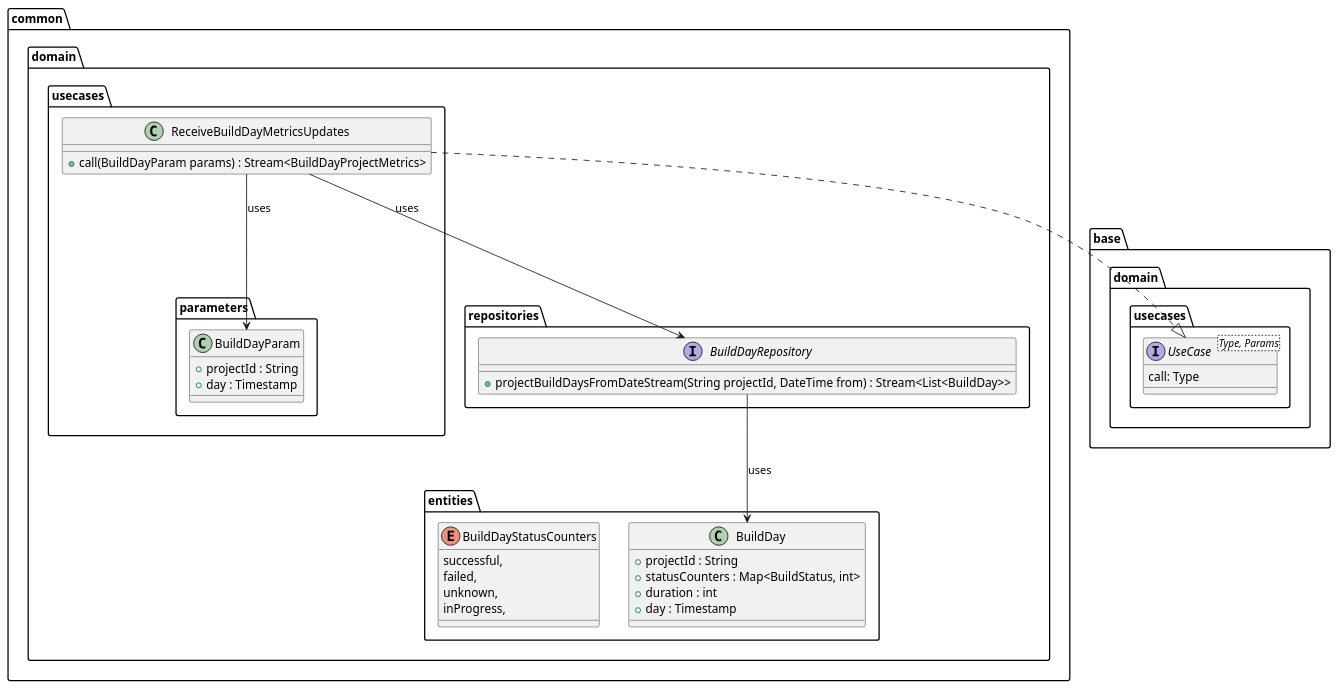
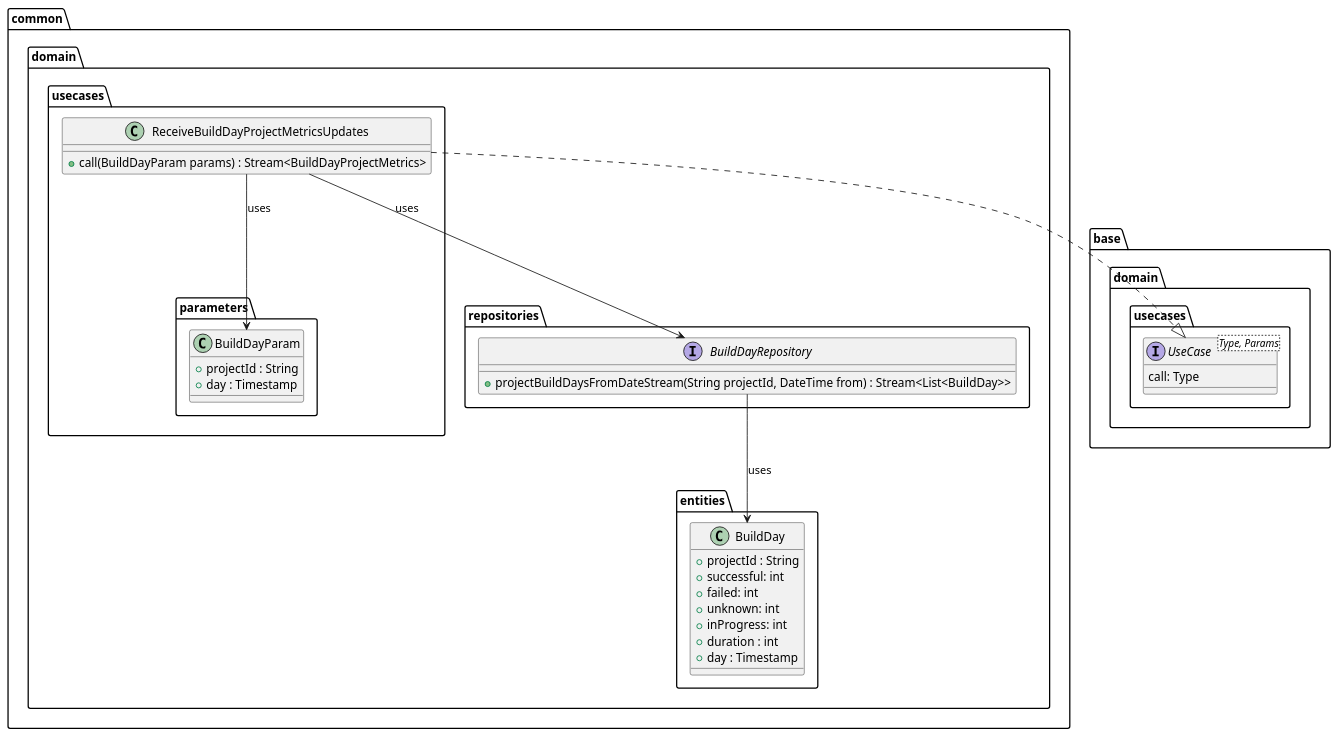
One commit to Flank/flank-dashboard changed the diagram in metrics/web/docs/features/builds_aggregation/diagrams/build_days_domain_layer_class_diagram.puml. Above: the diagram before and after it, drawn with PlantUML. The commit also changed 3 other files, not shown here.

```diff
--- a/metrics/web/docs/features/builds_aggregation/diagrams/build_days_domain_layer_class_diagram.puml
+++ b/metrics/web/docs/features/builds_aggregation/diagrams/build_days_domain_layer_class_diagram.puml
@@ -1,51 +1,47 @@
 @startuml build_days_domain_layer_class_diagram
 
 package base.domain.usecases {
     interface UseCase<Type, Params> {
         call: Type
     }
 }
 
 package common.domain {
     package entities {
         class BuildDay {
             + projectId : String
-            + statusCounters : Map<BuildStatus, int>
+            + successful: int
+            + failed: int
+            + unknown: int
+            + inProgress: int
             + duration : int
             + day : Timestamp
         }
-
-        enum BuildDayStatusCounters {
-                successful,
-                failed,
-                unknown,
-                inProgress,
-            }
     }
     
     package repositories {
         interface BuildDayRepository {
             + projectBuildDaysFromDateStream(String projectId, DateTime from) : Stream<List<BuildDay>>
         }
     }
 
     package usecases {
-        class ReceiveBuildDayMetricsUpdates {
+        class ReceiveBuildDayProjectMetricsUpdates {
             + call(BuildDayParam params) : Stream<BuildDayProjectMetrics>
         }
 
         package parameters {
             class BuildDayParam {
                 + projectId : String
                 + day : Timestamp
             }
         }
     }    
 }
 
 BuildDayRepository --> BuildDay : uses
-ReceiveBuildDayMetricsUpdates ..|> UseCase
-ReceiveBuildDayMetricsUpdates --> BuildDayRepository : uses
-ReceiveBuildDayMetricsUpdates --> BuildDayParam : uses
+ReceiveBuildDayProjectMetricsUpdates ..|> UseCase
+ReceiveBuildDayProjectMetricsUpdates --> BuildDayRepository : uses
+ReceiveBuildDayProjectMetricsUpdates --> BuildDayParam : uses
 
 @enduml
```
